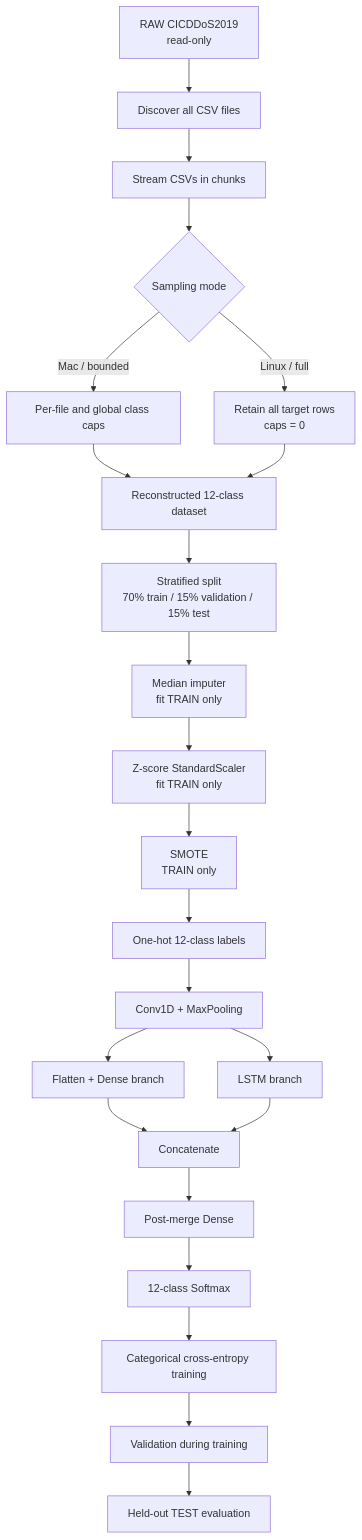
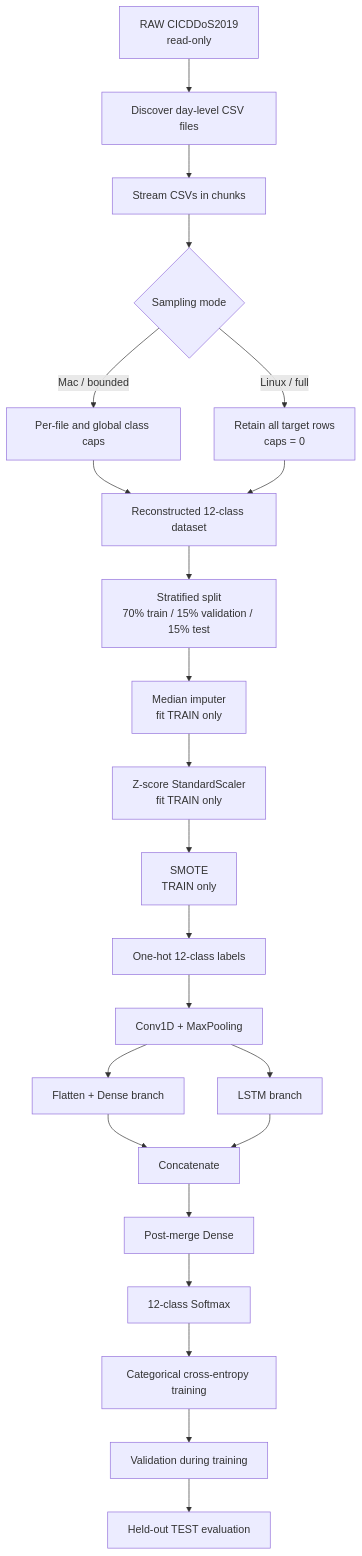
The diagram in README.md (BrenoFariasdaSilva/CNN-LSTM-DDoS-Detection-CICDDoS2019), drawn with Mermaid before and after one commit. The commit also changed other lines of this file and 4 other files, not shown here.

Commit message:
FIX: Restrict CICDDoS2019 discovery to raw source CSVs

````diff
--- a/README.md
+++ b/README.md
@@ -124,25 +124,25 @@
 ```mermaid
 flowchart TD
-    A[RAW CICDDoS2019<br/>read-only] --> B[Discover all CSV files]
+    A[RAW CICDDoS2019<br/>read-only] --> B[Discover day-level CSV files]
     B --> C[Stream CSVs in chunks]
     C --> D{Sampling mode}
     D -->|Mac / bounded| E[Per-file and global class caps]
     D -->|Linux / full| F[Retain all target rows<br/>caps = 0]
     E --> G[Reconstructed 12-class dataset]
     F --> G
     G --> H[Stratified split<br/>70% train / 15% validation / 15% test]
     H --> I[Median imputer<br/>fit TRAIN only]
     I --> J[Z-score StandardScaler<br/>fit TRAIN only]
     J --> K[SMOTE<br/>TRAIN only]
     K --> L[One-hot 12-class labels]
     L --> M[Conv1D + MaxPooling]
     M --> N1[Flatten + Dense branch]
     M --> N2[LSTM branch]
     N1 --> O[Concatenate]
     N2 --> O
     O --> P[Post-merge Dense]
     P --> Q[12-class Softmax]
     Q --> R[Categorical cross-entropy training]
     R --> S[Validation during training]
     S --> T[Held-out TEST evaluation]
 ```
````
